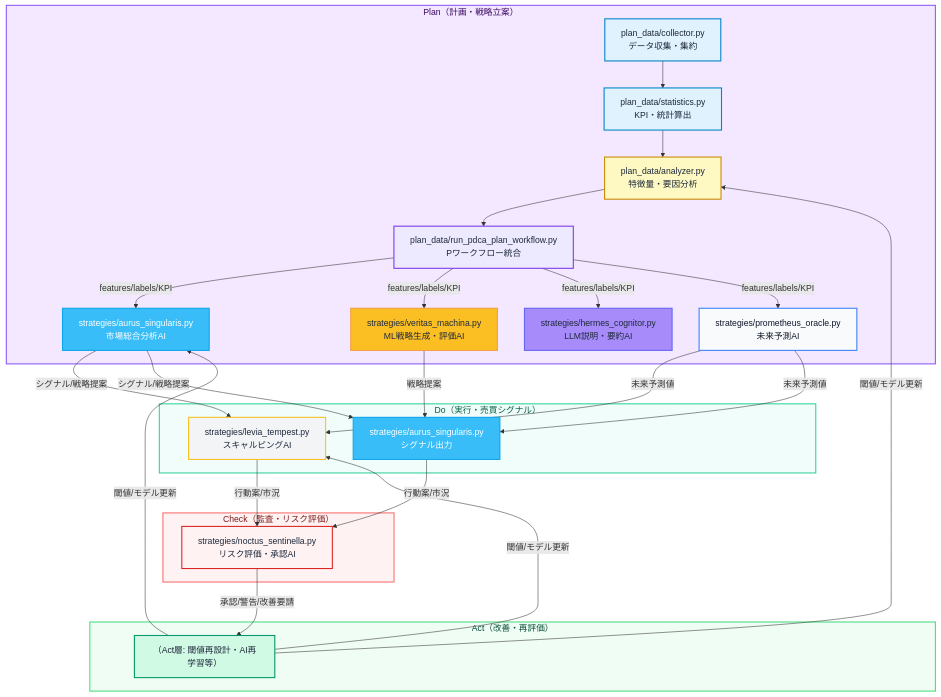
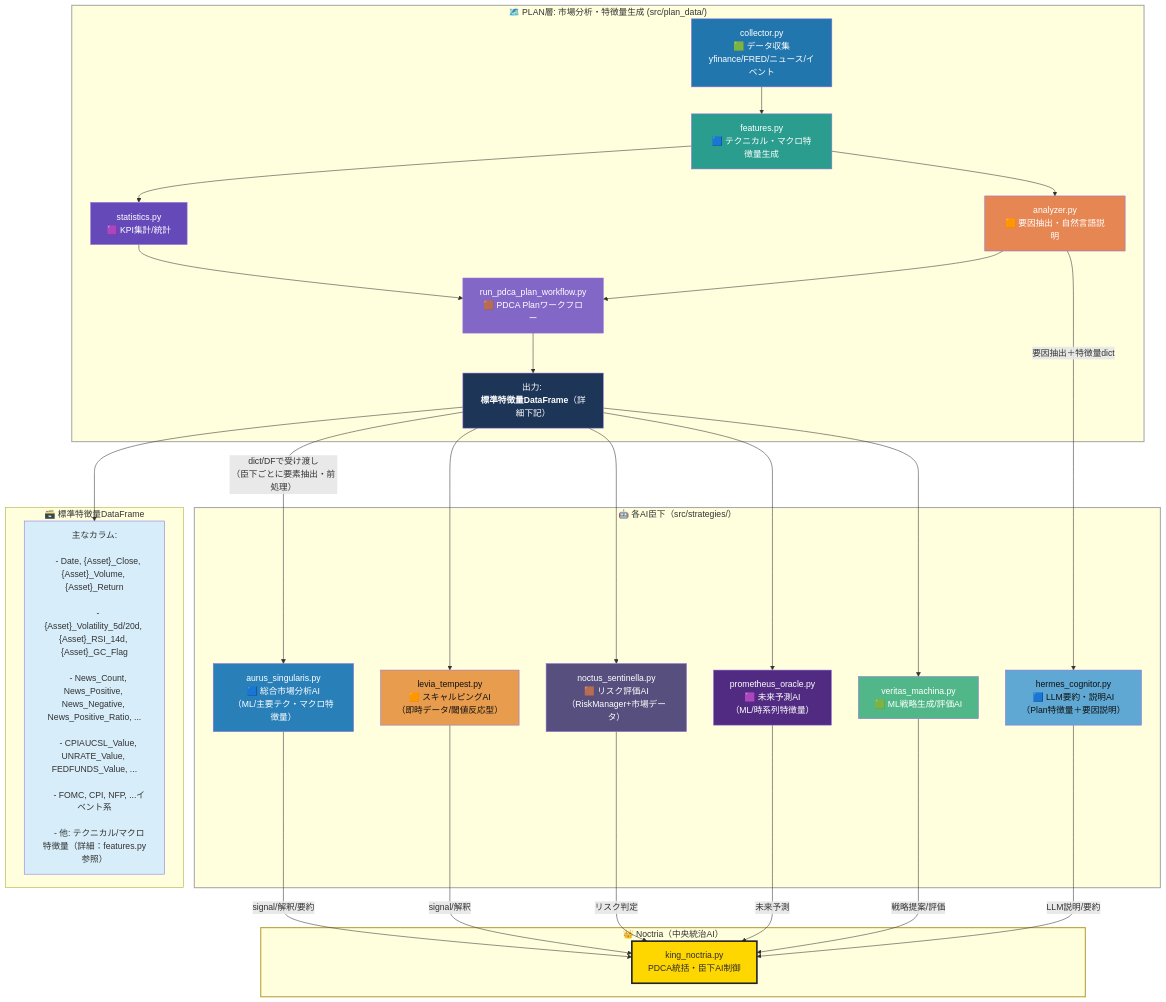
One commit to Noctria/noctria_kingdom changed the diagram in docs/最終形態.mmd. Above: the diagram before and after it, drawn with Mermaid.

```diff
--- a/docs/最終形態.mmd
+++ b/docs/最終形態.mmd
@@ -1,78 +1,79 @@
 flowchart TD
 
-%% --- Plan層（計画・戦略立案） ---
-subgraph P[Plan（計画・戦略立案）]
-    PLAN_COLLECTOR["plan_data/collector.py<br>データ収集・集約"]
-    PLAN_STATS["plan_data/statistics.py<br>KPI・統計算出"]
-    PLAN_ANALYZER["plan_data/analyzer.py<br>特徴量・要因分析"]
-    PLAN_WORKFLOW["plan_data/run_pdca_plan_workflow.py<br>Pワークフロー統合"]
+  %% --- Plan層（計画・特徴量生成） ---
+  subgraph Plan["🗺️ PLAN層: 市場分析・特徴量生成 (src/plan_data/)"]
+    COLLECTOR["collector.py<br>🟩 データ収集<br>yfinance/FRED/ニュース/イベント"]
+    FEATURES["features.py<br>🟦 テクニカル・マクロ特徴量生成"]
+    STATISTICS["statistics.py<br>🟪 KPI集計/統計"]
+    ANALYZER["analyzer.py<br>🟧 要因抽出・自然言語説明"]
+    PLAN_WORKFLOW["run_pdca_plan_workflow.py<br>🟫 PDCA Planワークフロー"]
+    DF_OUTPUT["出力: <br><b>標準特徴量DataFrame</b>（詳細下記）"]
+    COLLECTOR --> FEATURES
+    FEATURES --> STATISTICS
+    FEATURES --> ANALYZER
+    ANALYZER --> PLAN_WORKFLOW
+    STATISTICS --> PLAN_WORKFLOW
+    PLAN_WORKFLOW --> DF_OUTPUT
+  end
 
-    AURUS["strategies/aurus_singularis.py<br>市場総合分析AI"]
-    VERITAS["strategies/veritas_machina.py<br>ML戦略生成・評価AI"]
-    HERMES["strategies/hermes_cognitor.py<br>LLM説明・要約AI"]
-    PROMETHEUS["strategies/prometheus_oracle.py<br>未来予測AI"]
+  %% --- 標準特徴量例 ---
+  subgraph DF["🗃️ 標準特徴量DataFrame"]
+    DF_COLUMNS["主なカラム:<br>
+    - Date, {Asset}_Close, {Asset}_Volume, {Asset}_Return<br>
+    - {Asset}_Volatility_5d/20d, {Asset}_RSI_14d, {Asset}_GC_Flag<br>
+    - News_Count, News_Positive, News_Negative, News_Positive_Ratio, ...<br>
+    - CPIAUCSL_Value, UNRATE_Value, FEDFUNDS_Value, ...<br>
+    - FOMC, CPI, NFP, ...イベント系<br>
+    - 他: テクニカル/マクロ特徴量（詳細：features.py参照）"]
+  end
+  DF_OUTPUT --> DF_COLUMNS
 
-    PLAN_COLLECTOR --> PLAN_STATS
-    PLAN_STATS --> PLAN_ANALYZER
-    PLAN_ANALYZER --> PLAN_WORKFLOW
-    PLAN_WORKFLOW -->|features/labels/KPI| AURUS
-    PLAN_WORKFLOW -->|features/labels/KPI| VERITAS
-    PLAN_WORKFLOW -->|features/labels/KPI| HERMES
-    PLAN_WORKFLOW -->|features/labels/KPI| PROMETHEUS
-end
+  %% --- 各戦略AI（臣下AI） ---
+  subgraph Strategies["🤖 各AI臣下（src/strategies/）"]
+    AURUS["aurus_singularis.py<br>🟦 総合市場分析AI<br>（ML/主要テク・マクロ特徴量）"]
+    LEVIA["levia_tempest.py<br>🟧 スキャルピングAI<br>（即時データ/閾値反応型）"]
+    NOCTUS["noctus_sentinella.py<br>🟫 リスク評価AI<br>（RiskManager+市場データ）"]
+    PROMETHEUS["prometheus_oracle.py<br>🟪 未来予測AI<br>（ML/時系列特徴量）"]
+    HERMES["hermes_cognitor.py<br>🟦 LLM要約・説明AI<br>（Plan特徴量＋要因説明）"]
+    VERITAS["veritas_machina.py<br>🟩 ML戦略生成/評価AI"]
+  end
 
-%% --- Do層（実行・意思決定） ---
-subgraph D[Do（実行・売買シグナル）]
-    LEVIA["strategies/levia_tempest.py<br>スキャルピングAI"]
-    AURUS_DO["strategies/aurus_singularis.py<br>シグナル出力"]
-end
+  DF_OUTPUT -- "dict/DFで受け渡し\n（臣下ごとに要素抽出・前処理）" --> AURUS
+  DF_OUTPUT --> LEVIA
+  DF_OUTPUT --> NOCTUS
+  DF_OUTPUT --> PROMETHEUS
+  DF_OUTPUT --> VERITAS
+  ANALYZER -- "要因抽出＋特徴量dict" --> HERMES
 
-%% --- Check層（リスク・監査） ---
-subgraph C[Check（監査・リスク評価）]
-    NOCTUS["strategies/noctus_sentinella.py<br>リスク評価・承認AI"]
-end
+  %% --- 王（Noctria）による統治 ---
+  subgraph King["👑 Noctria（中央統治AI）"]
+    KING["king_noctria.py<br>PDCA統括・臣下AI制御"]
+  end
 
-%% --- Act層（改善・閾値修正・学習） ---
-subgraph A[Act（改善・再評価）]
-    ACT_PLACEHOLDER["（Act層: 閾値再設計・AI再学習等）"]
-end
+  AURUS -- "signal/解釈/要約" --> KING
+  LEVIA -- "signal/解釈" --> KING
+  NOCTUS -- "リスク判定" --> KING
+  PROMETHEUS -- "未来予測" --> KING
+  HERMES -- "LLM説明/要約" --> KING
+  VERITAS -- "戦略提案/評価" --> KING
 
-%% --- データ/情報フロー ---
-AURUS -- シグナル/戦略提案 --> LEVIA
-AURUS -- シグナル/戦略提案 --> AURUS_DO
-VERITAS -- 戦略提案 --> AURUS_DO
-PROMETHEUS -- 未来予測値 --> LEVIA
-PROMETHEUS -- 未来予測値 --> AURUS_DO
+  %% --- デザイン調整: 明暗配色+可読性向上 ---
+  style COLLECTOR fill:#2176ae,color:#fff
+  style FEATURES fill:#2a9d8f,color:#fff
+  style STATISTICS fill:#6649b8,color:#fff
+  style ANALYZER fill:#e68653,color:#fff
+  style PLAN_WORKFLOW fill:#8367c7,color:#fff
+  style DF_OUTPUT fill:#1d3557,color:#fff
+  style DF_COLUMNS fill:#d7eefa,color:#333
 
-LEVIA -- 行動案/市況 --> NOCTUS
-AURUS_DO -- 行動案/市況 --> NOCTUS
+  style AURUS fill:#2980b9,color:#fff
+  style LEVIA fill:#e89c4d,color:#111
+  style NOCTUS fill:#574f7d,color:#fff
+  style PROMETHEUS fill:#512b81,color:#fff
+  style HERMES fill:#5fa8d3,color:#111
+  style VERITAS fill:#52b788,color:#fff
 
-NOCTUS -- 承認/警告/改善要請 --> ACT_PLACEHOLDER
-
-ACT_PLACEHOLDER -- 閾値/モデル更新 --> PLAN_ANALYZER
-ACT_PLACEHOLDER -- 閾値/モデル更新 --> AURUS
-ACT_PLACEHOLDER -- 閾値/モデル更新 --> LEVIA
-
-%% --- ノード色・フォント色調整 ---
-style PLAN_COLLECTOR fill:#e0f2fe,stroke:#0284c7,stroke-width:2px,color:#1e293b
-style PLAN_STATS fill:#e0f2fe,stroke:#0284c7,stroke-width:2px,color:#1e293b
-style PLAN_ANALYZER fill:#fef9c3,stroke:#ca8a04,stroke-width:2px,color:#1e293b
-style PLAN_WORKFLOW fill:#ede9fe,stroke:#7c3aed,stroke-width:2px,color:#1e293b
-
-style AURUS fill:#38bdf8,stroke:#0ea5e9,stroke-width:2px,color:#fff
-style VERITAS fill:#fbbf24,stroke:#f59e42,stroke-width:2px,color:#1e293b
-style HERMES fill:#a78bfa,stroke:#6366f1,stroke-width:2px,color:#1e293b
-style PROMETHEUS fill:#f9fafb,stroke:#3b82f6,stroke-width:2px,color:#0f172a
-
-style LEVIA fill:#f3f4f6,stroke:#fbbf24,stroke-width:2px,color:#1e293b
-style AURUS_DO fill:#38bdf8,stroke:#0ea5e9,stroke-width:2px,color:#fff
-
-style NOCTUS fill:#fef2f2,stroke:#dc2626,stroke-width:2px,color:#1e293b
-
-style ACT_PLACEHOLDER fill:#d1fae5,stroke:#059669,stroke-width:2px,color:#1e293b
-
-%% --- サブグラフラベル色分け ---
-style P fill:#f3e8ff,stroke:#8b5cf6,stroke-width:2px,color:#3b0764
-style D fill:#f0fdfa,stroke:#34d399,stroke-width:2px,color:#065f46
-style C fill:#fef2f2,stroke:#f87171,stroke-width:2px,color:#7f1d1d
-style A fill:#f0fdf4,stroke:#4ade80,stroke-width:2px,color:#064e3b
+  style KING fill:#FFD700,color:#2d2d2d,stroke:#222,stroke-width:3px
+  style Plan stroke:#aaa,stroke-width:2px
+  style Strategies stroke:#aaa,stroke-width:2px
+  style King stroke:#bca136,stroke-width:2px
```
